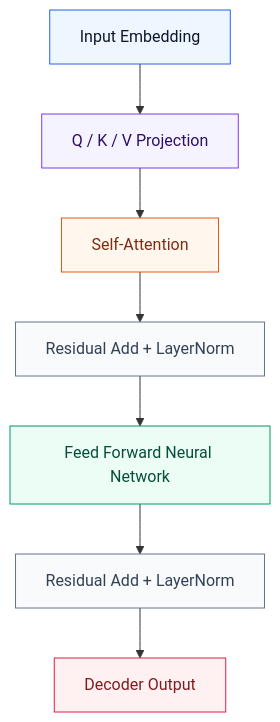
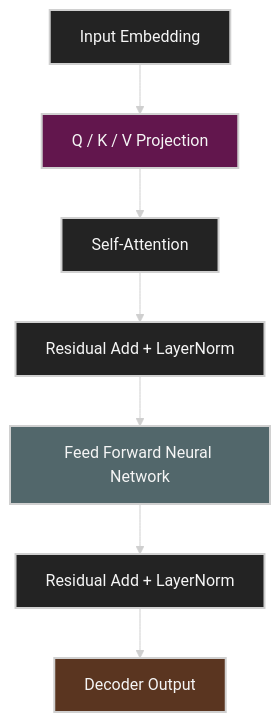
One commit to ziwon/ai-data-center-network changed the fourth of 9 diagrams in deep-learning-for-network-engineers/week02/README.md. Above: the diagram before and after it, drawn with Mermaid. The commit also changed other lines of this file and 35 other files, not shown here.

Commit message:
docs(mermaid): apply dark diagram style

````diff
--- a/deep-learning-for-network-engineers/week02/README.md
+++ b/deep-learning-for-network-engineers/week02/README.md
@@ -250,16 +253,17 @@
 ```mermaid
+%%{init: {"theme": "base", "themeVariables": {"background": "#171717", "primaryColor": "#232323", "primaryTextColor": "#f5f5f5", "primaryBorderColor": "#d0d0d0", "lineColor": "#cfcfcf", "fontFamily": "Inter, Arial, sans-serif"}}}%%
 flowchart TB
-    classDef input fill:#eef6ff,stroke:#2563eb,color:#0f172a
-    classDef projection fill:#f5f3ff,stroke:#7c3aed,color:#2e1065
-    classDef attention fill:#fff7ed,stroke:#ea580c,color:#7c2d12
-    classDef norm fill:#f8fafc,stroke:#64748b,color:#334155
-    classDef ffn fill:#ecfdf5,stroke:#059669,color:#064e3b
-    classDef output fill:#fff1f2,stroke:#e11d48,color:#7f1d1d
+    classDef input fill:#232323,stroke:#d0d0d0,color:#f5f5f5,stroke-width:2px;
+    classDef projection fill:#62164d,stroke:#d0d0d0,color:#f5f5f5,stroke-width:2px;
+    classDef attention fill:#232323,stroke:#d0d0d0,color:#f5f5f5,stroke-width:2px;
+    classDef norm fill:#232323,stroke:#d0d0d0,color:#f5f5f5,stroke-width:2px;
+    classDef ffn fill:#52676b,stroke:#d0d0d0,color:#f5f5f5,stroke-width:2px;
+    classDef output fill:#5a3520,stroke:#d0d0d0,color:#f5f5f5,stroke-width:2px;
 
     X[Input Embedding]:::input --> QKV[Q / K / V Projection]:::projection
     QKV --> ATT[Self-Attention]:::attention
     ATT --> ADD1[Residual Add + LayerNorm]:::norm
     ADD1 --> FFN[Feed Forward Neural Network]:::ffn
     FFN --> ADD2[Residual Add + LayerNorm]:::norm
     ADD2 --> OUT[Decoder Output]:::output
 ```
````
